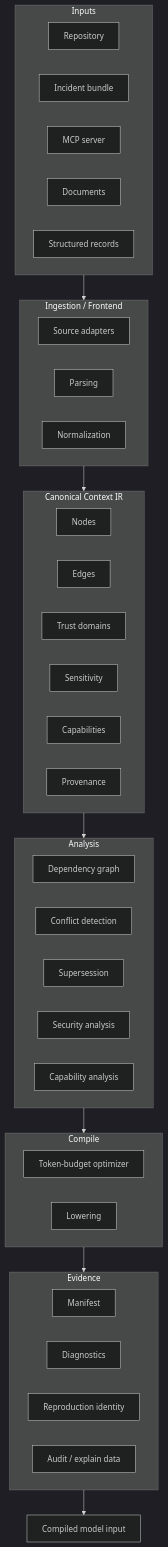
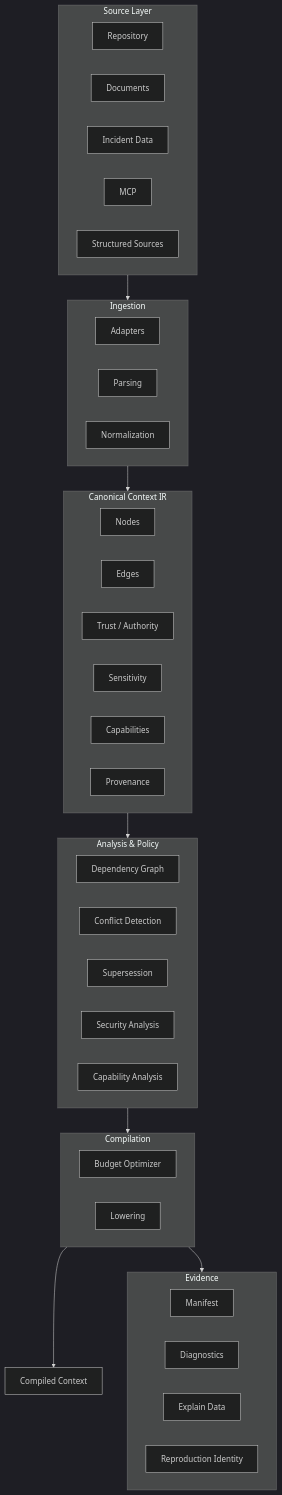
Before and after one commit to Gopal-Singh-Subramani-Singh/context-compiler: the second of 7 diagrams in README.md, drawn with Mermaid (dark theme). The commit also changed other lines of this file, not shown here.

````diff
--- a/README.md
+++ b/README.md
@@ -184,52 +168,52 @@
 ```mermaid
 flowchart TB
-    subgraph Inputs
+    subgraph SOURCES["Source Layer"]
         R[Repository]
-        I[Incident bundle]
-        M[MCP server]
         D[Documents]
-        S[Structured records]
+        I[Incident Data]
+        M[MCP]
+        S[Structured Sources]
     end
 
-    subgraph Frontend["Ingestion / Frontend"]
-        A1[Source adapters]
-        A2[Parsing]
-        A3[Normalization]
+    subgraph FRONTEND["Ingestion"]
+        A[Adapters]
+        P[Parsing]
+        N[Normalization]
     end
 
     subgraph IR["Canonical Context IR"]
-        N[Nodes]
-        E[Edges]
-        T[Trust domains]
-        X[Sensitivity]
-        C[Capabilities]
-        P[Provenance]
+        NODES[Nodes]
+        EDGES[Edges]
+        TRUST[Trust / Authority]
+        SENS[Sensitivity]
+        CAPS[Capabilities]
+        PROV[Provenance]
     end
 
-    subgraph Analysis
-        G[Dependency graph]
-        F[Conflict detection]
-        U[Supersession]
-        Q[Security analysis]
-        K[Capability analysis]
+    subgraph ANALYSIS["Analysis & Policy"]
+        DEP[Dependency Graph]
+        CON[Conflict Detection]
+        SUP[Supersession]
+        SEC[Security Analysis]
+        CAP[Capability Analysis]
     end
 
-    subgraph Compile
-        O[Token-budget optimizer]
-        L[Lowering]
+    subgraph BUILD["Compilation"]
+        OPT[Budget Optimizer]
+        LOW[Lowering]
     end
 
-    subgraph Evidence
-        M1[Manifest]
-        D1[Diagnostics]
-        R1[Reproduction identity]
-        A1E[Audit / explain data]
+    subgraph EVIDENCE["Evidence"]
+        MAN[Manifest]
+        DIA[Diagnostics]
+        EXP[Explain Data]
+        REP[Reproduction Identity]
     end
 
-    Inputs --> Frontend
-    Frontend --> IR
-    IR --> Analysis
-    Analysis --> Compile
-    Compile --> Evidence
-    Evidence --> OUT[Compiled model input]
+    SOURCES --> FRONTEND
+    FRONTEND --> IR
+    IR --> ANALYSIS
+    ANALYSIS --> BUILD
+    BUILD --> OUT[Compiled Context]
+    BUILD --> EVIDENCE
 ```
````
